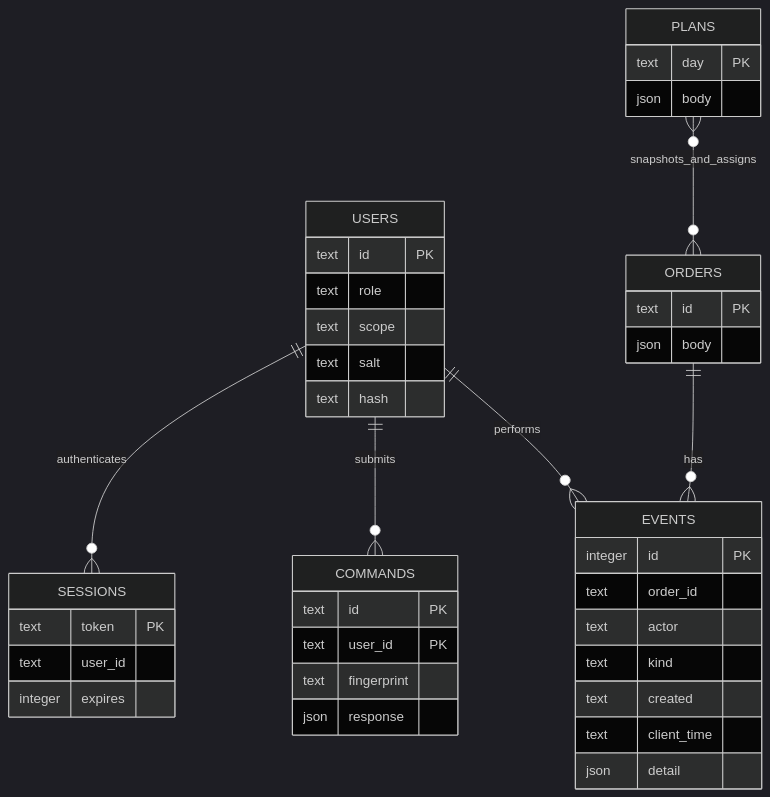
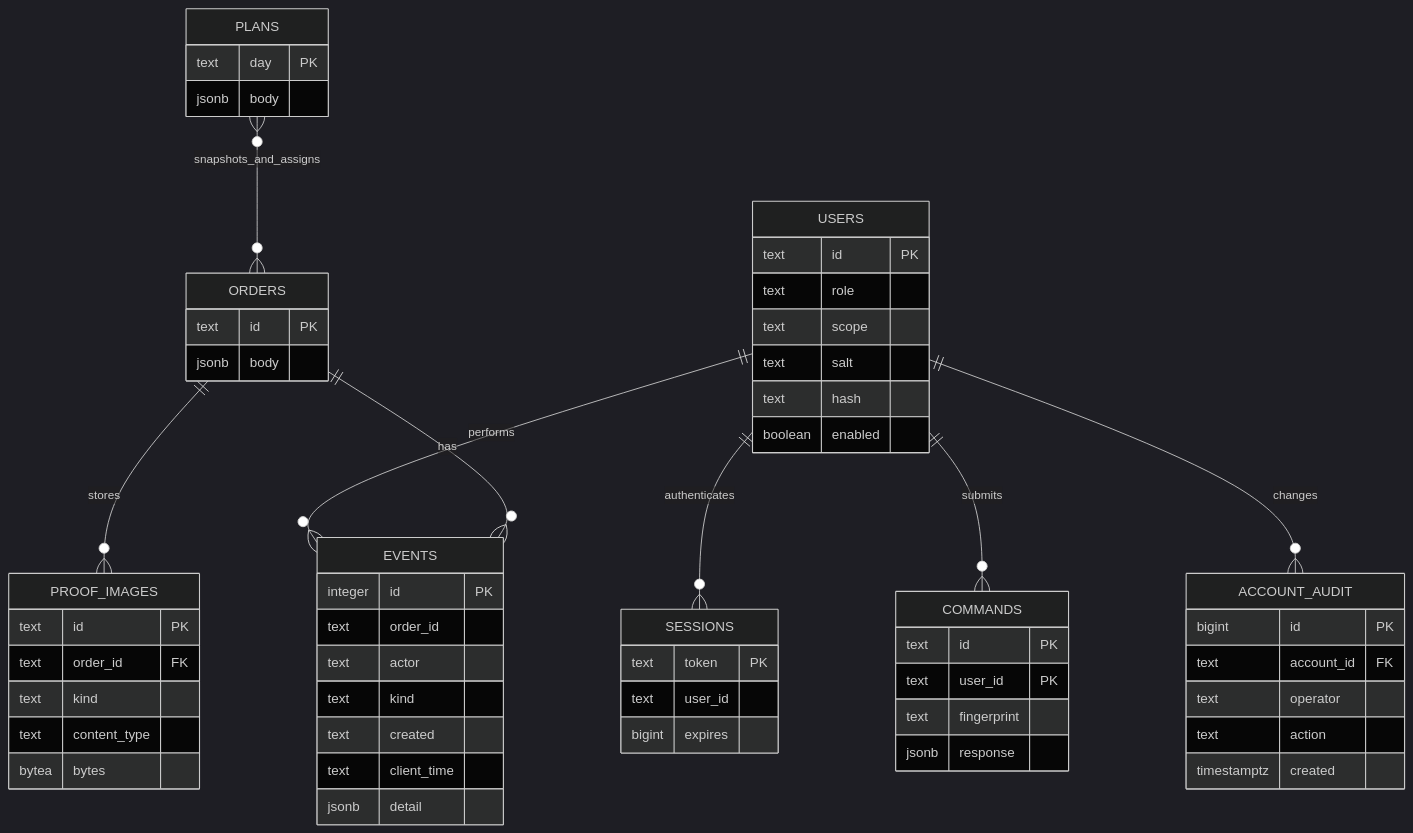
The diagram in docs/data-model.md (Dinusha-Ekanayake/Xception-WaypointGo), drawn with Mermaid (dark theme) before and after one commit. The commit also changed other lines of this file and 14 other files, not shown here.

````diff
--- a/docs/data-model.md
+++ b/docs/data-model.md
@@ -3,43 +3,60 @@
 ```mermaid
 erDiagram
   USERS ||--o{ SESSIONS : authenticates
   USERS ||--o{ COMMANDS : submits
   USERS ||--o{ EVENTS : performs
+  USERS ||--o{ ACCOUNT_AUDIT : changes
+  ORDERS ||--o{ PROOF_IMAGES : stores
   ORDERS ||--o{ EVENTS : has
   PLANS }o--o{ ORDERS : snapshots_and_assigns
   USERS {
     text id PK
     text role
     text scope
     text salt
     text hash
+    boolean enabled
   }
   SESSIONS {
     text token PK
     text user_id
-    integer expires
+    bigint expires
   }
   ORDERS {
     text id PK
-    json body
+    jsonb body
   }
   PLANS {
     text day PK
-    json body
+    jsonb body
   }
   EVENTS {
     integer id PK
     text order_id
     text actor
     text kind
     text created
     text client_time
-    json detail
+    jsonb detail
+  }
+  PROOF_IMAGES {
+    text id PK
+    text order_id FK
+    text kind
+    text content_type
+    bytea bytes
+  }
+  ACCOUNT_AUDIT {
+    bigint id PK
+    text account_id FK
+    text operator
+    text action
+    timestamptz created
   }
   COMMANDS {
     text id PK
     text user_id PK
     text fingerprint
-    json response
+    jsonb response
   }
 ```
````
